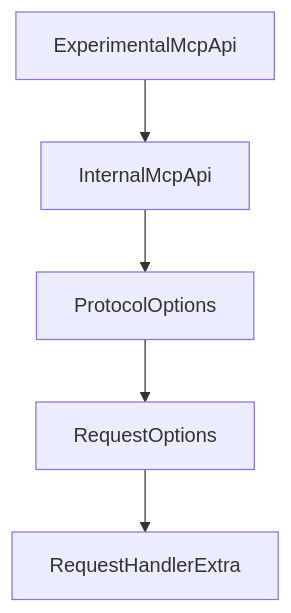
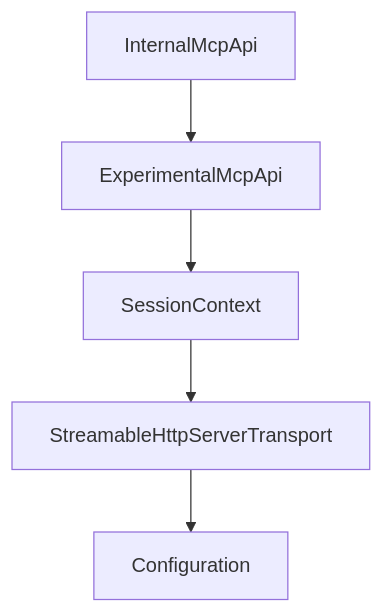
The diagram in tutorials/mcp-kotlin-sdk-tutorial/01-getting-started-and-module-selection.md (johnxie/awesome-code-docs), drawn with Mermaid before and after one commit. The commit also changed other lines of this file and 1232 other files, not shown here.

````diff
--- a/tutorials/mcp-kotlin-sdk-tutorial/01-getting-started-and-module-selection.md
+++ b/tutorials/mcp-kotlin-sdk-tutorial/01-getting-started-and-module-selection.md
@@ -165,12 +163,12 @@
 ```mermaid
 flowchart TD
-    A[ExperimentalMcpApi]
-    B[InternalMcpApi]
-    C[ProtocolOptions]
-    D[RequestOptions]
-    E[RequestHandlerExtra]
+    A[InternalMcpApi]
+    B[ExperimentalMcpApi]
+    C[SessionContext]
+    D[StreamableHttpServerTransport]
+    E[Configuration]
     A --> B
     B --> C
     C --> D
     D --> E
 ```
````
